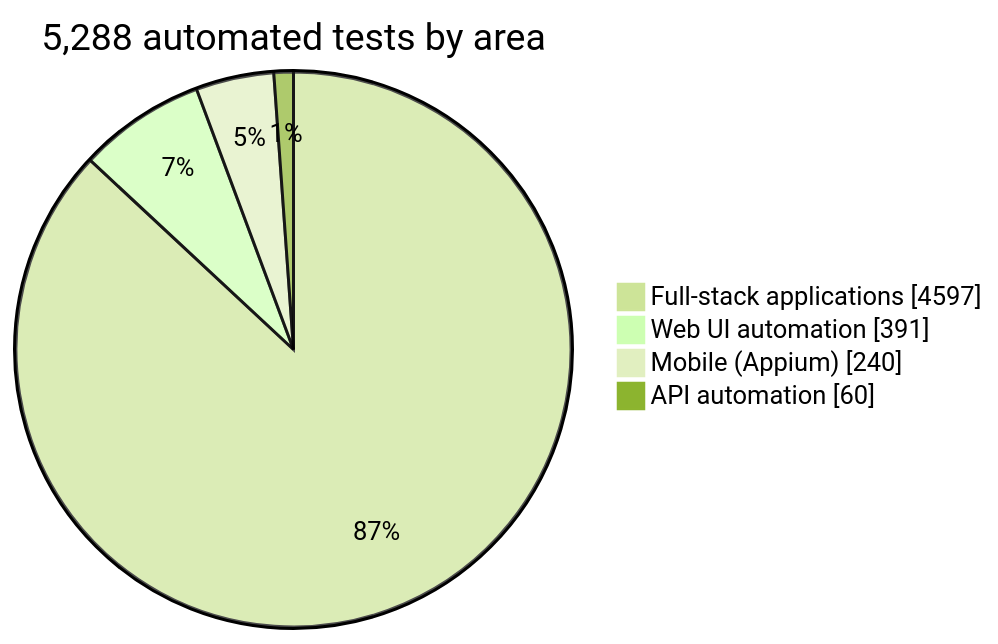
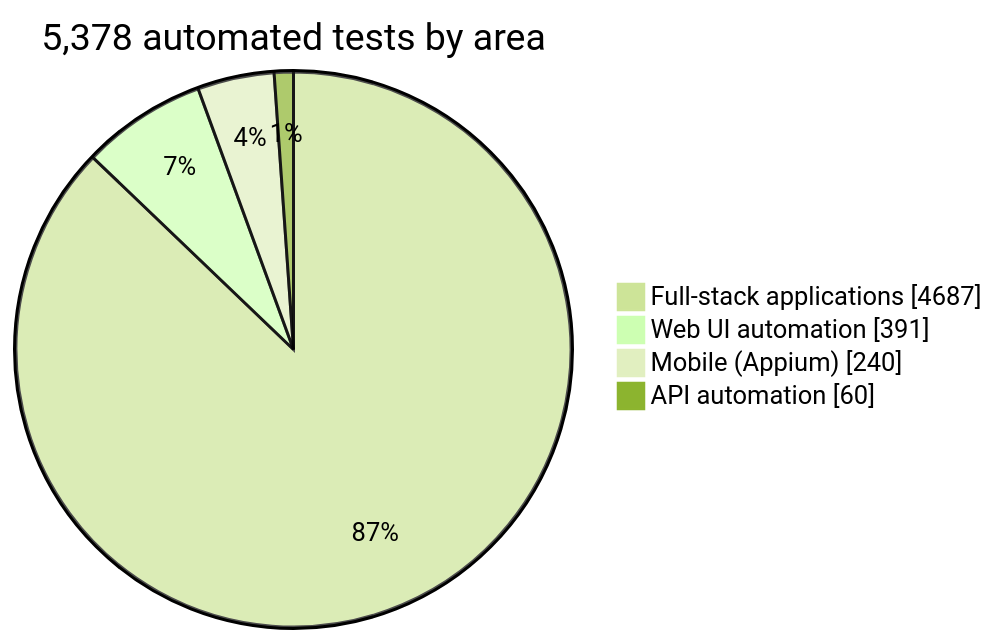
One commit to rbchy/rbchy changed the first of 15 diagrams in README.md. Above: the diagram before and after it, drawn with Mermaid (forest theme). The commit also changed other lines of this file and 11 other files, not shown here.

````diff
--- a/README.md
+++ b/README.md
@@ -90,8 +90,8 @@
 ```mermaid
 pie showData
-    title 5,288 automated tests by area
-    "Full-stack applications" : 4597
+    title 5,378 automated tests by area
+    "Full-stack applications" : 4687
     "Web UI automation" : 391
     "Mobile (Appium)" : 240
     "API automation" : 60
 ```
````
